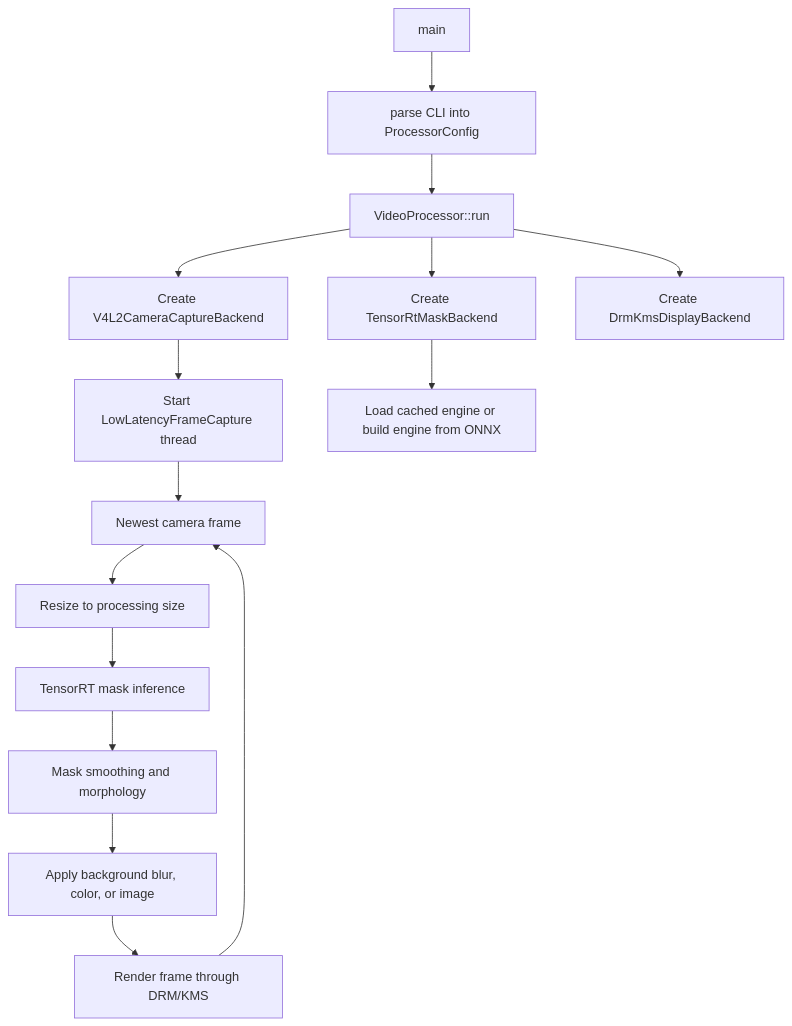
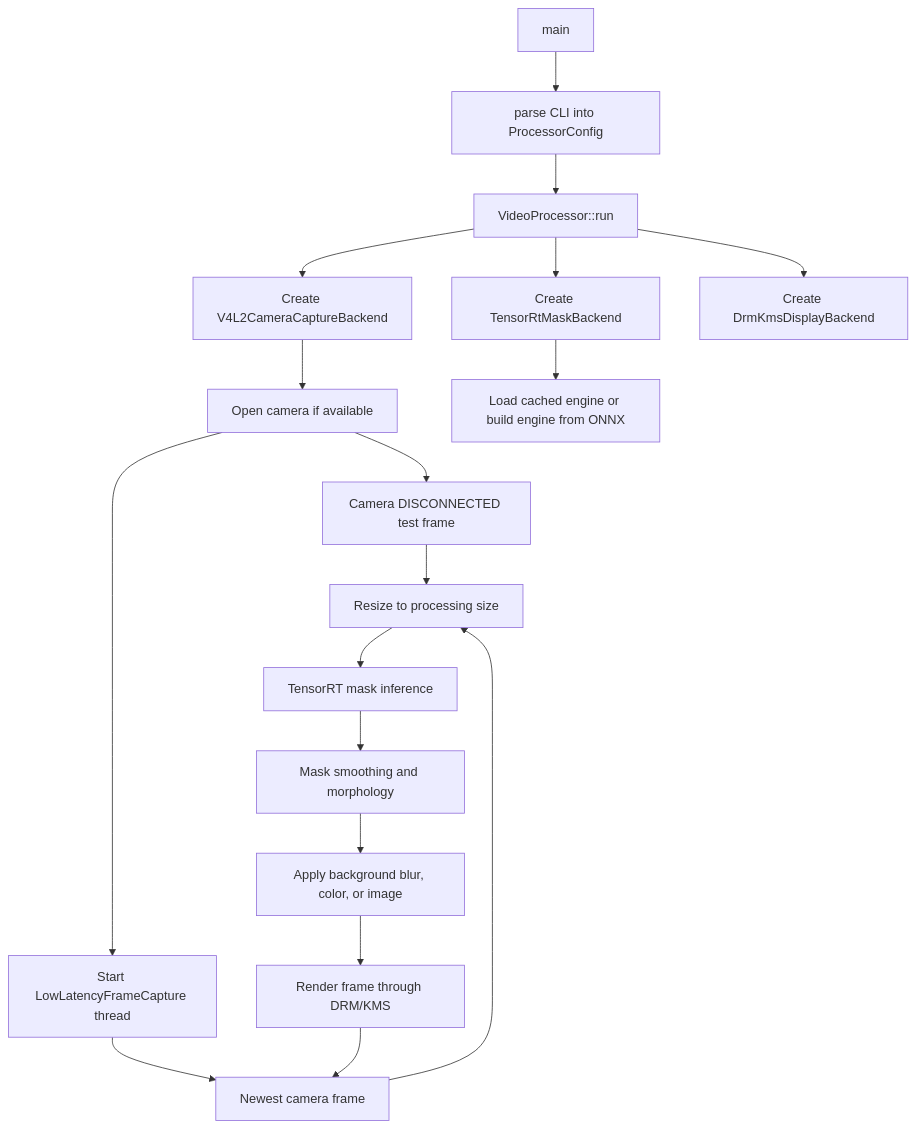
One commit to tseiman/JONImageProcessor changed the second of 2 diagrams in docs/architecture.md. Above: the diagram before and after it, drawn with Mermaid. The commit also changed other lines of this file and 3 other files, not shown here.

Commit message:
Handle camera disconnect with reconnect fallback (codex supported)

````diff
--- a/docs/architecture.md
+++ b/docs/architecture.md
@@ -86,17 +86,20 @@
 ```mermaid
 flowchart TD
     A[main] --> B[parse CLI into ProcessorConfig]
     B --> C[VideoProcessor::run]
     C --> D[Create V4L2CameraCaptureBackend]
-    D --> E[Start LowLatencyFrameCapture thread]
+    D --> E[Open camera if available]
+    E --> Fallback[Camera DISCONNECTED test frame]
+    E --> LC[Start LowLatencyFrameCapture thread]
     C --> F[Create TensorRtMaskBackend]
     F --> G[Load cached engine or build engine from ONNX]
     C --> H[Create DrmKmsDisplayBackend]
-    E --> I[Newest camera frame]
+    LC --> I[Newest camera frame]
+    Fallback --> J
     I --> J[Resize to processing size]
     J --> K[TensorRT mask inference]
     K --> L[Mask smoothing and morphology]
     L --> M[Apply background blur, color, or image]
     M --> N[Render frame through DRM/KMS]
     N --> I
 ```
````
